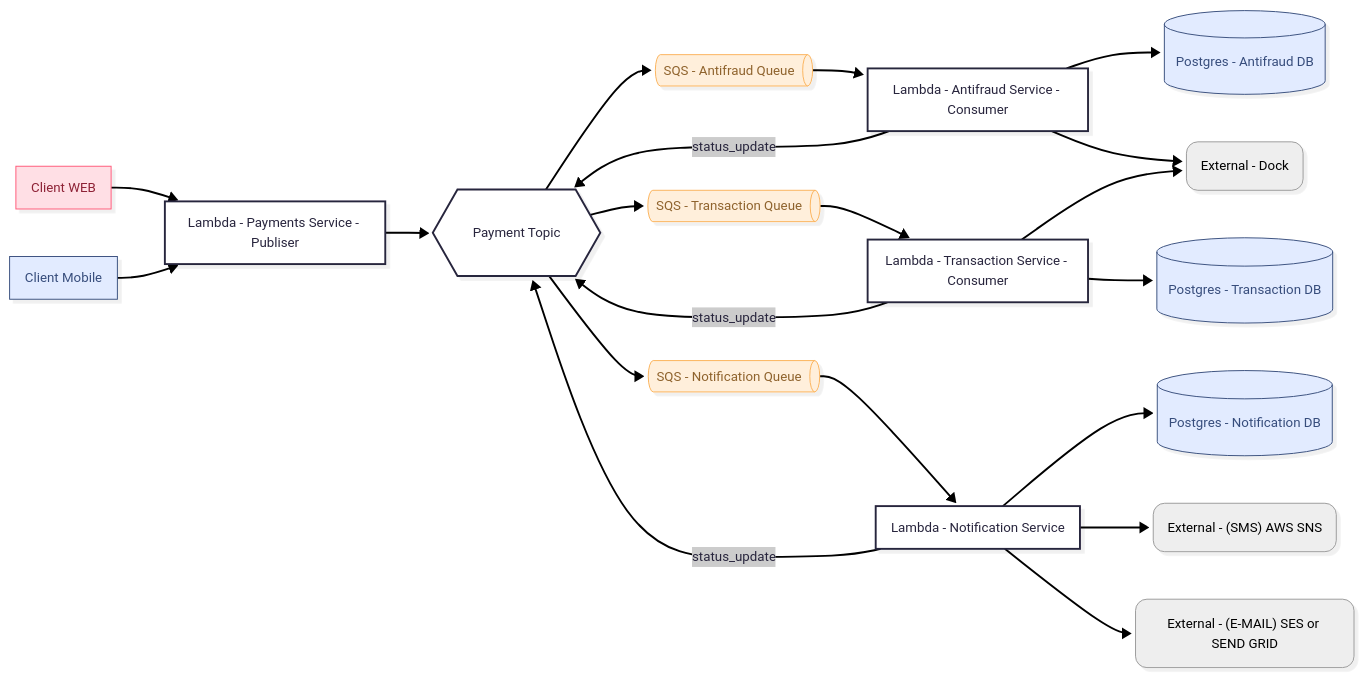
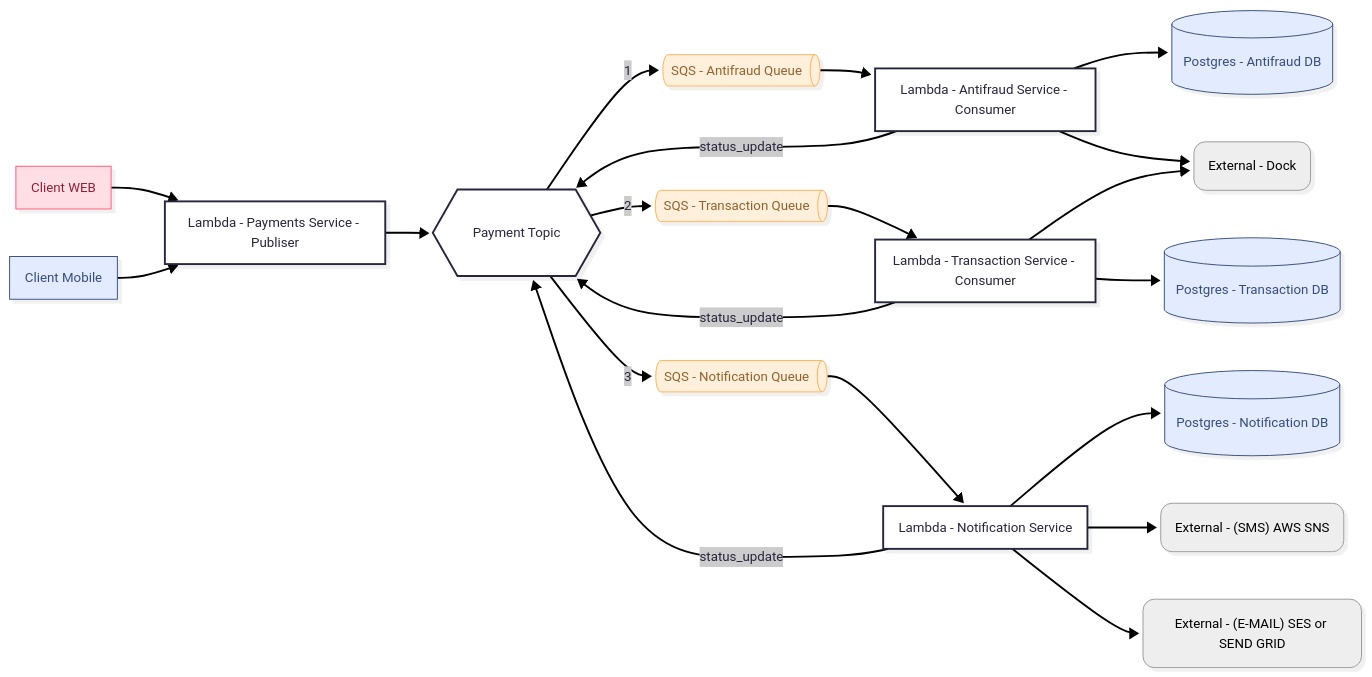
Before and after one commit to dasilvaoscar/concurrency-simulator: the third of 3 diagrams in README.md, drawn with Mermaid.

````diff
--- a/README.md
+++ b/README.md
@@ -75,54 +75,56 @@
 ```mermaid
 ---
 config:
   theme: redux
   layout: dagre
   look: neo
 ---
 flowchart LR
     n1["Lambda - Payments Service - Publiser"] --> n3["Payment Topic"]
-    n3 --> n4["SQS - Antifraud Queue"] & n6["SQS - Transaction Queue"] & n15["SQS - Notification Queue"]
+    n3 -- 1 --> n4["SQS - Antifraud Queue"]
+    n3 -- 2 --> n6["SQS - Transaction Queue"]
+    n3 -- 3 --> n15["SQS - Notification Queue"]
     n4 --> n5["Lambda - Antifraud Service - Consumer"]
     n6 --> n7["Lambda - Transaction Service - Consumer"]
     n14["Client WEB"] --> n1
     n15 --> n16["Lambda - Notification Service"]
     n5 --> n18["Postgres - Antifraud DB"] & n22["External - Dock"]
     n5 -- status_update --> n3
     n7 --> n19["Postgres - Transaction DB"] & n22
     n7 -- status_update --> n3
     n16 --> n20["Postgres - Notification DB"] & n23["External - (SMS) AWS SNS"] & n24["External - (E-MAIL) SES or SEND GRID"]
     n16 -- status_update --> n3
     n21["Client Mobile"] --> n1
 
     n1@{ shape: rect}
     n3@{ shape: hex}
     n4@{ shape: h-cyl}
     n6@{ shape: h-cyl}
     n15@{ shape: h-cyl}
     n5@{ shape: rect}
     n7@{ shape: rect}
     n14@{ shape: rect}
     n16@{ shape: rect}
     n18@{ shape: cyl}
     n22@{ shape: rounded}
     n19@{ shape: cyl}
     n20@{ shape: cyl}
     n23@{ shape: rounded}
     n24@{ shape: rounded}
     n21@{ shape: rect}
      n4:::Peach
      n6:::Peach
      n15:::Peach
      n14:::Rose
      n18:::Sky
      n22:::Ash
      n19:::Sky
      n20:::Sky
      n23:::Ash
      n24:::Ash
      n21:::Sky
     classDef Rose stroke-width:1px, stroke-dasharray:none, stroke:#FF5978, fill:#FFDFE5, color:#8E2236
     classDef Peach stroke-width:1px, stroke-dasharray:none, stroke:#FBB35A, fill:#FFEFDB, color:#8F632D
     classDef Sky stroke-width:1px, stroke-dasharray:none, stroke:#374D7C, fill:#E2EBFF, color:#374D7C
     classDef Ash stroke-width:1px, stroke-dasharray:none, stroke:#999999, fill:#EEEEEE, color:#000000
 ```
````
